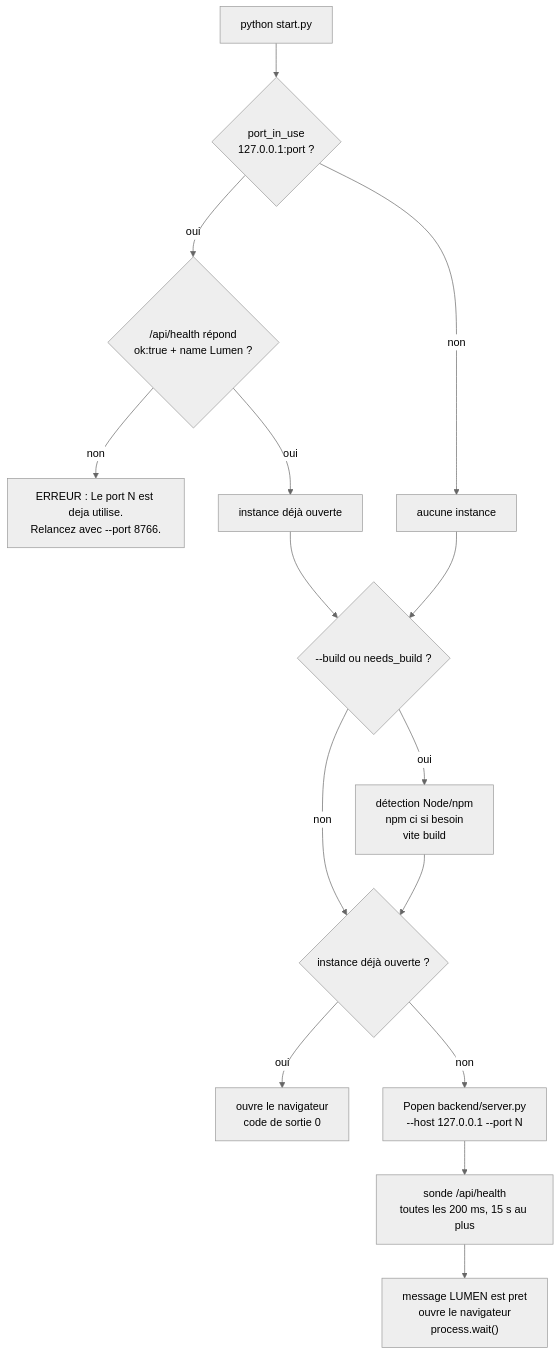
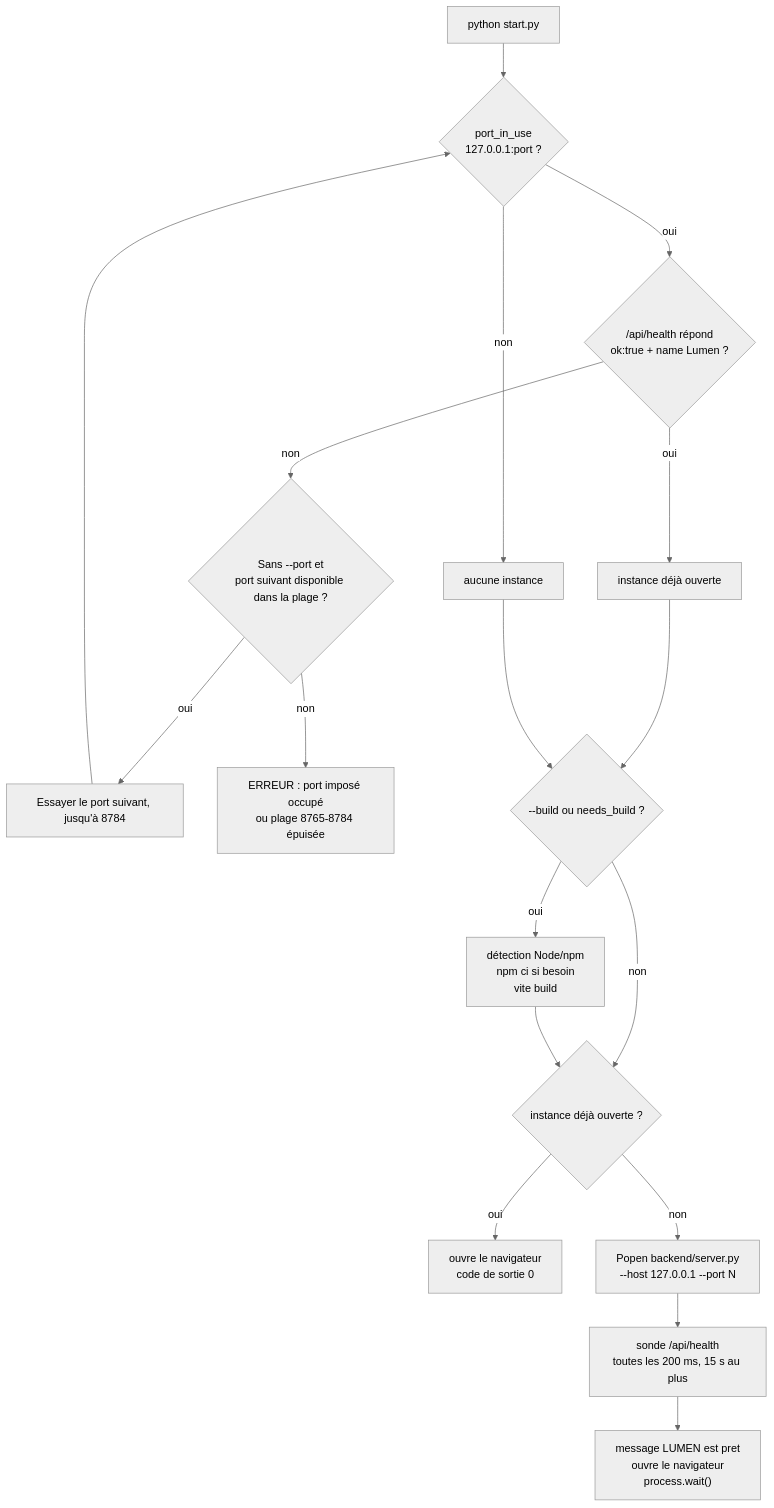
One commit to aaudeon/Lumen changed the diagram in docs/01-demarrage.md. Above: the diagram before and after it, drawn with Mermaid (neutral theme). The commit also changed other lines of this file and 5 other files, not shown here.

````diff
--- a/docs/01-demarrage.md
+++ b/docs/01-demarrage.md
@@ -61,17 +61,20 @@
 ```mermaid
 flowchart TD
     A["python start.py"] --> B{"port_in_use<br/>127.0.0.1:port ?"}
     B -- oui --> C{"/api/health répond<br/>ok:true + name Lumen ?"}
-    C -- non --> X["ERREUR : Le port N est deja utilise.<br/>Relancez avec --port 8766."]
+    C -- non --> P{"Sans --port et<br/>port suivant disponible dans la plage ?"}
+    P -- oui --> N["Essayer le port suivant, jusqu'à 8784"]
+    N --> B
+    P -- non --> X["ERREUR : port imposé occupé<br/>ou plage 8765-8784 épuisée"]
     C -- oui --> D["instance déjà ouverte"]
     B -- non --> D2["aucune instance"]
     D --> E{"--build ou needs_build ?"}
     D2 --> E
     E -- oui --> F["détection Node/npm<br/>npm ci si besoin<br/>vite build"]
     E -- non --> G{"instance déjà ouverte ?"}
     F --> G
     G -- oui --> H["ouvre le navigateur<br/>code de sortie 0"]
     G -- non --> I["Popen backend/server.py<br/>--host 127.0.0.1 --port N"]
     I --> J["sonde /api/health<br/>toutes les 200 ms, 15 s au plus"]
     J --> K["message LUMEN est pret<br/>ouvre le navigateur<br/>process.wait()"]
 ```
````
